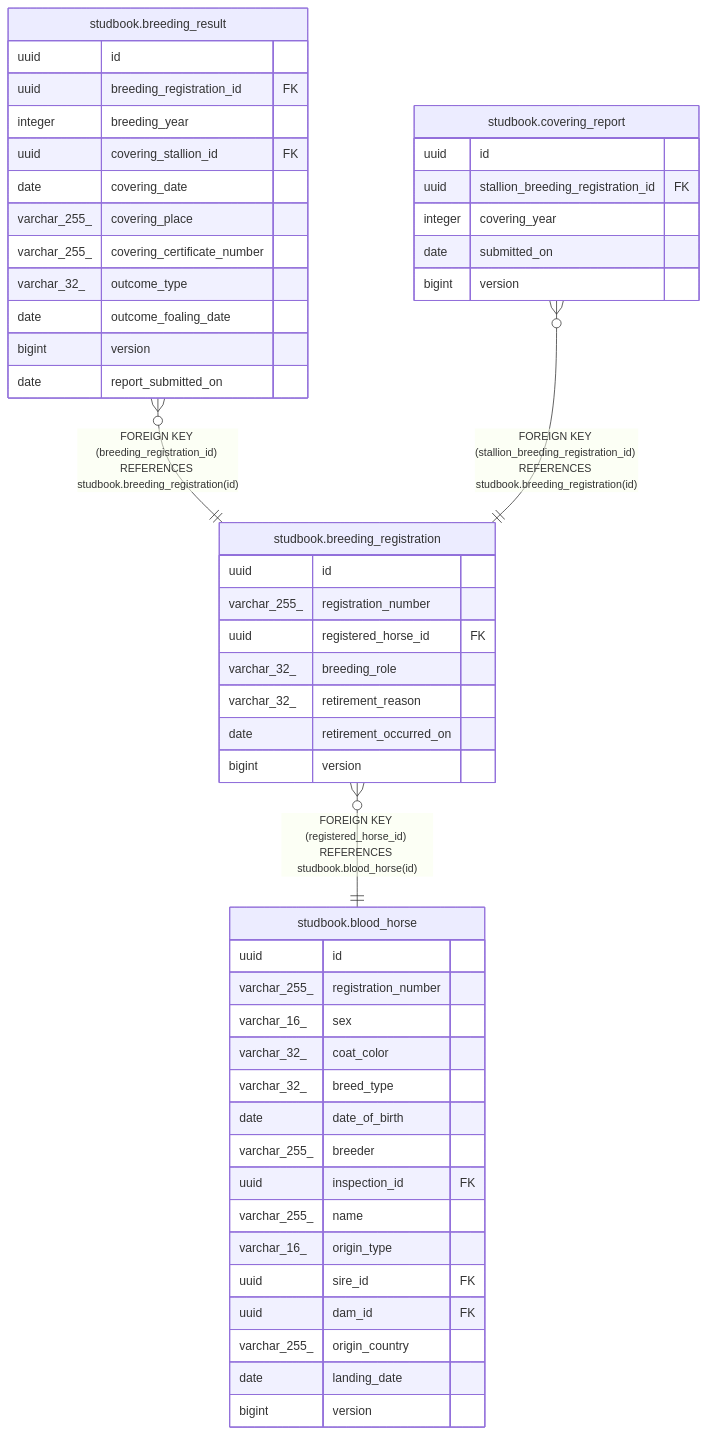
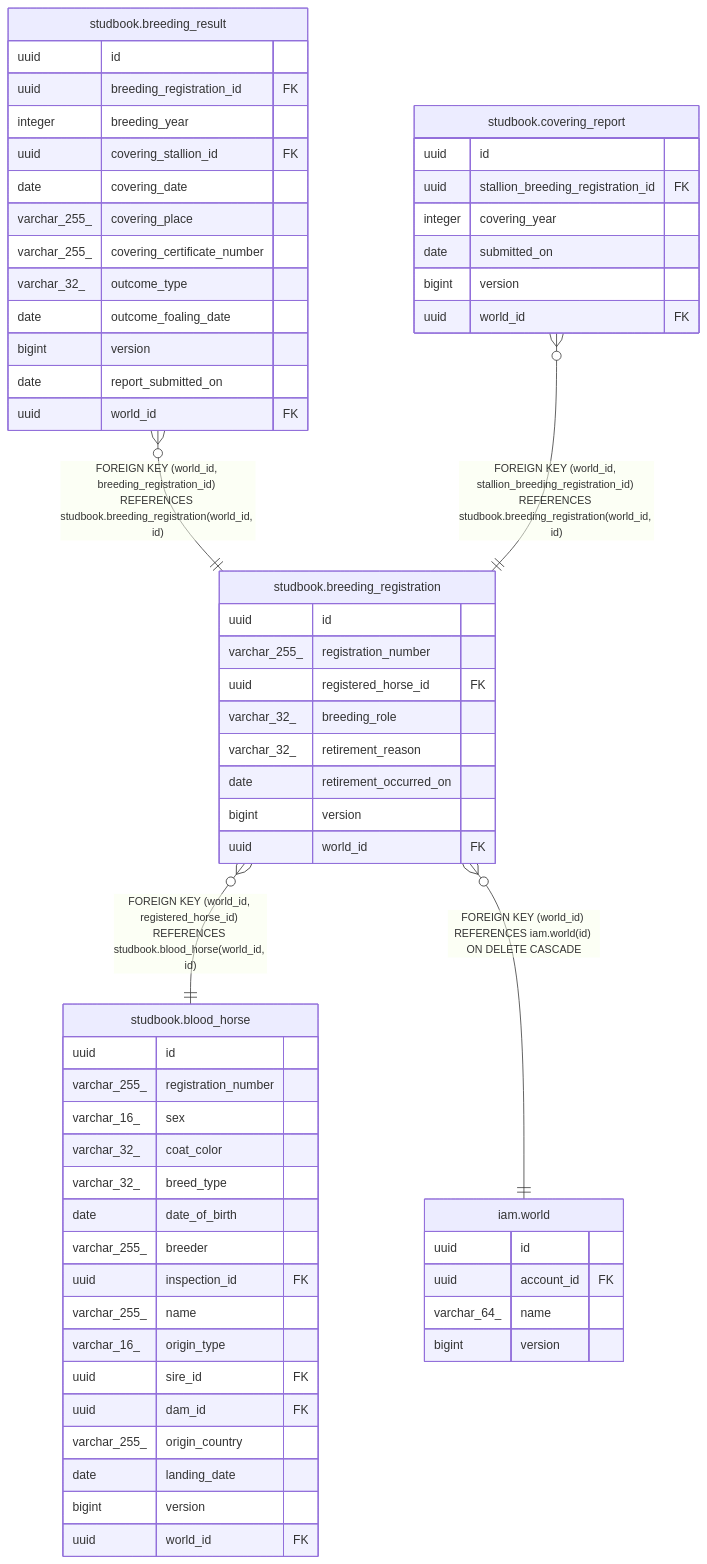
The diagram in dbdoc/studbook.breeding_registration.md (ptiringo/toy-box), drawn with Mermaid before and after one commit. The commit also changed other lines of this file and 129 other files, not shown here.

````diff
--- a/dbdoc/studbook.breeding_registration.md
+++ b/dbdoc/studbook.breeding_registration.md
@@ -36,54 +40,65 @@
 ```mermaid
 erDiagram
 
-"studbook.breeding_result" }o--|| "studbook.breeding_registration" : "FOREIGN KEY (breeding_registration_id) REFERENCES studbook.breeding_registration(id)"
-"studbook.covering_report" }o--|| "studbook.breeding_registration" : "FOREIGN KEY (stallion_breeding_registration_id) REFERENCES studbook.breeding_registration(id)"
-"studbook.breeding_registration" }o--|| "studbook.blood_horse" : "FOREIGN KEY (registered_horse_id) REFERENCES studbook.blood_horse(id)"
+"studbook.breeding_result" }o--|| "studbook.breeding_registration" : "FOREIGN KEY (world_id, breeding_registration_id) REFERENCES studbook.breeding_registration(world_id, id)"
+"studbook.covering_report" }o--|| "studbook.breeding_registration" : "FOREIGN KEY (world_id, stallion_breeding_registration_id) REFERENCES studbook.breeding_registration(world_id, id)"
+"studbook.breeding_registration" }o--|| "studbook.blood_horse" : "FOREIGN KEY (world_id, registered_horse_id) REFERENCES studbook.blood_horse(world_id, id)"
+"studbook.breeding_registration" }o--|| "iam.world" : "FOREIGN KEY (world_id) REFERENCES iam.world(id) ON DELETE CASCADE"
 
 "studbook.breeding_registration" {
   uuid id
   varchar_255_ registration_number
   uuid registered_horse_id FK
   varchar_32_ breeding_role
   varchar_32_ retirement_reason
   date retirement_occurred_on
   bigint version
+  uuid world_id FK
 }
 "studbook.breeding_result" {
   uuid id
   uuid breeding_registration_id FK
   integer breeding_year
   uuid covering_stallion_id FK
   date covering_date
   varchar_255_ covering_place
   varchar_255_ covering_certificate_number
   varchar_32_ outcome_type
   date outcome_foaling_date
   bigint version
   date report_submitted_on
+  uuid world_id FK
 }
 "studbook.covering_report" {
   uuid id
   uuid stallion_breeding_registration_id FK
   integer covering_year
   date submitted_on
   bigint version
+  uuid world_id FK
 }
 "studbook.blood_horse" {
   uuid id
   varchar_255_ registration_number
   varchar_16_ sex
   varchar_32_ coat_color
   varchar_32_ breed_type
   date date_of_birth
   varchar_255_ breeder
   uuid inspection_id FK
   varchar_255_ name
   varchar_16_ origin_type
   uuid sire_id FK
   uuid dam_id FK
   varchar_255_ origin_country
   date landing_date
   bigint version
+  uuid world_id FK
+}
+"iam.world" {
+  uuid id
+  uuid account_id FK
+  varchar_64_ name
+  bigint version
 }
 ```
````
